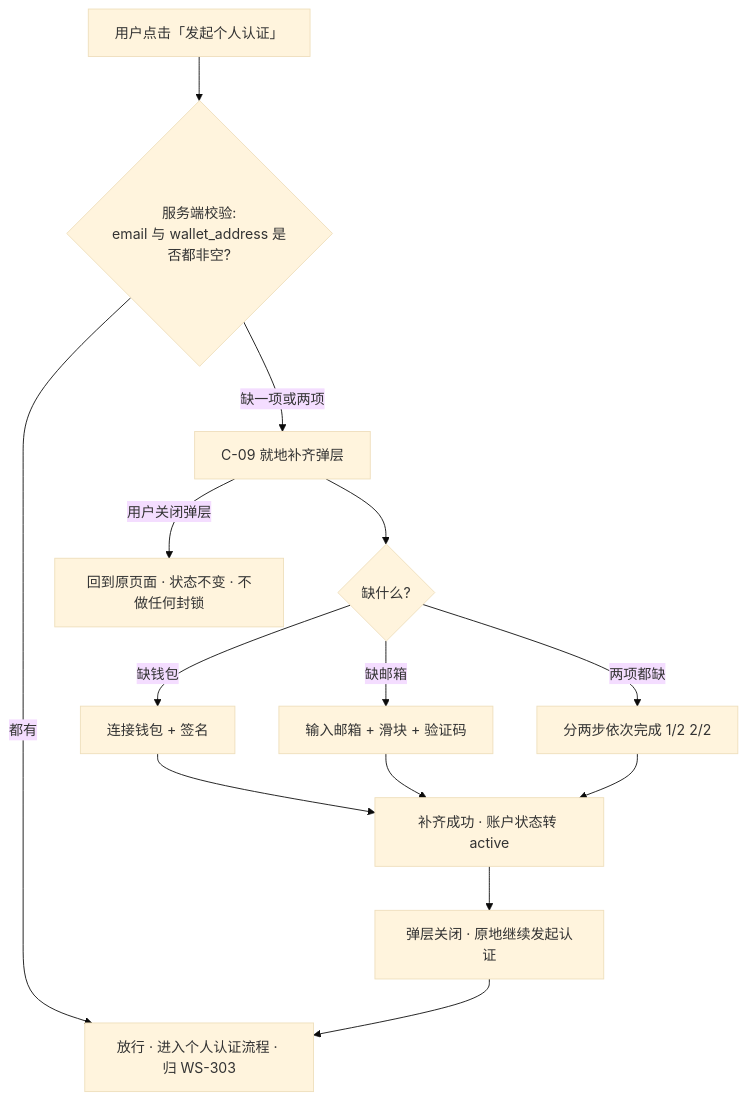
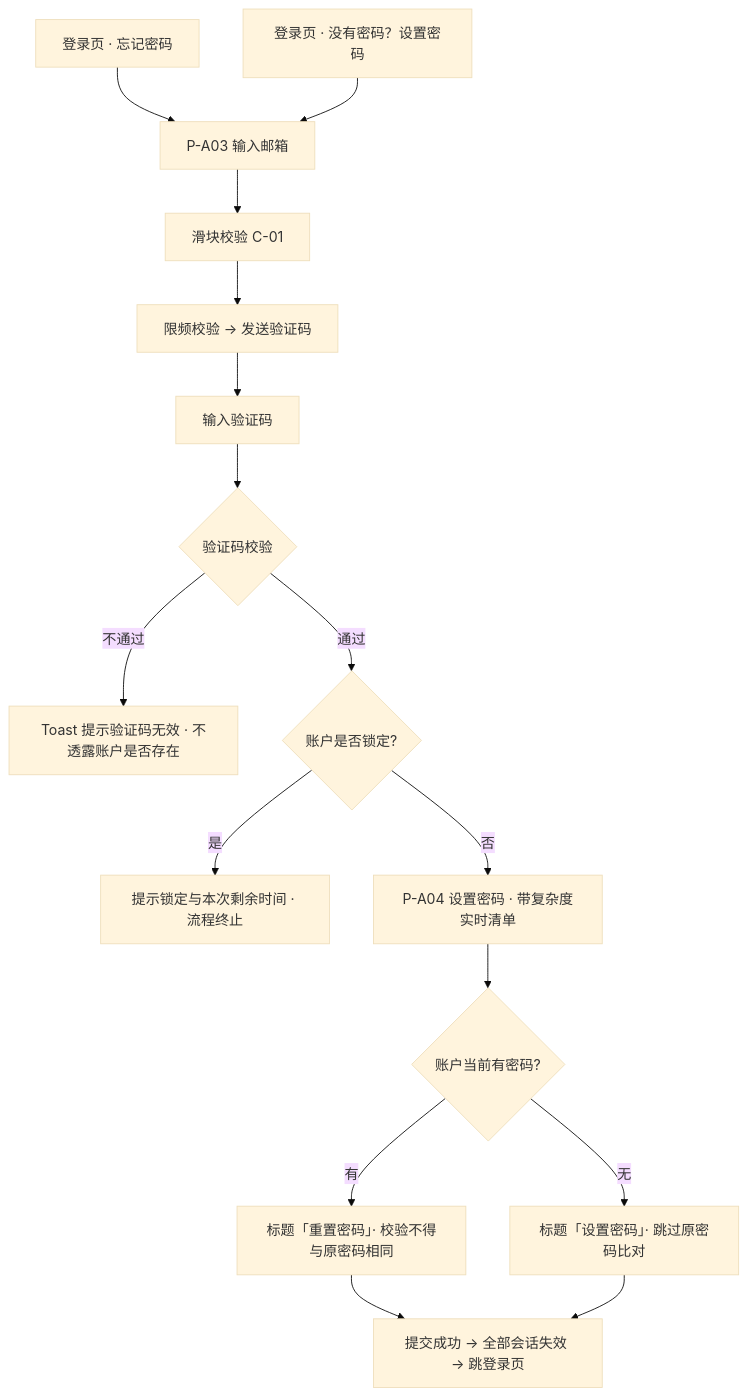
One commit to wxblockchain/Chain-Financing changed the fifth of 11 diagrams in prd/v1.0-账户与登录-PRD.md. Above: the diagram before and after it, drawn with Mermaid (base theme). The commit also changed other lines of this file, not shown here.

````diff
--- a/prd/v1.0-账户与登录-PRD.md
+++ b/prd/v1.0-账户与登录-PRD.md
@@ -1113,16 +1136,18 @@
 ```mermaid
 flowchart TD
-    A[用户点击「发起个人认证」] --> B{服务端校验:<br/>email 与 wallet_address 是否都非空?}
-    B -->|都有| C[放行 · 进入个人认证流程 · 归 WS-303]
-    B -->|缺一项或两项| D[C-09 就地补齐弹层]
-    D --> E{缺什么?}
-    E -->|缺钱包| F[连接钱包 + 签名]
-    E -->|缺邮箱| G[输入邮箱 + 滑块 + 验证码]
-    E -->|两项都缺| H[分两步依次完成 1/2 2/2]
-    F --> I[补齐成功 · 账户状态转 active]
-    G --> I
-    H --> I
-    I --> J[弹层关闭 · 原地继续发起认证]
-    J --> C
-    D -->|用户关闭弹层| K[回到原页面 · 状态不变 · 不做任何封锁]
+    A1[登录页 · 忘记密码] --> B
+    A2[登录页 · 没有密码？设置密码] --> B
+    B[P-A03 输入邮箱] --> C[滑块校验 C-01]
+    C --> D[限频校验 → 发送验证码]
+    D --> E[输入验证码]
+    E --> F{验证码校验}
+    F -->|不通过| F1[Toast 提示验证码无效 · 不透露账户是否存在]
+    F -->|通过| G{账户是否锁定?}
+    G -->|是| G1[提示锁定与本次剩余时间 · 流程终止]
+    G -->|否| H[P-A04 设置密码 · 带复杂度实时清单]
+    H --> I{账户当前有密码?}
+    I -->|有| I1[标题「重置密码」· 校验不得与原密码相同]
+    I -->|无| I2[标题「设置密码」· 跳过原密码比对]
+    I1 --> J[提交成功 → 全部会话失效 → 跳登录页]
+    I2 --> J
 ```
````
